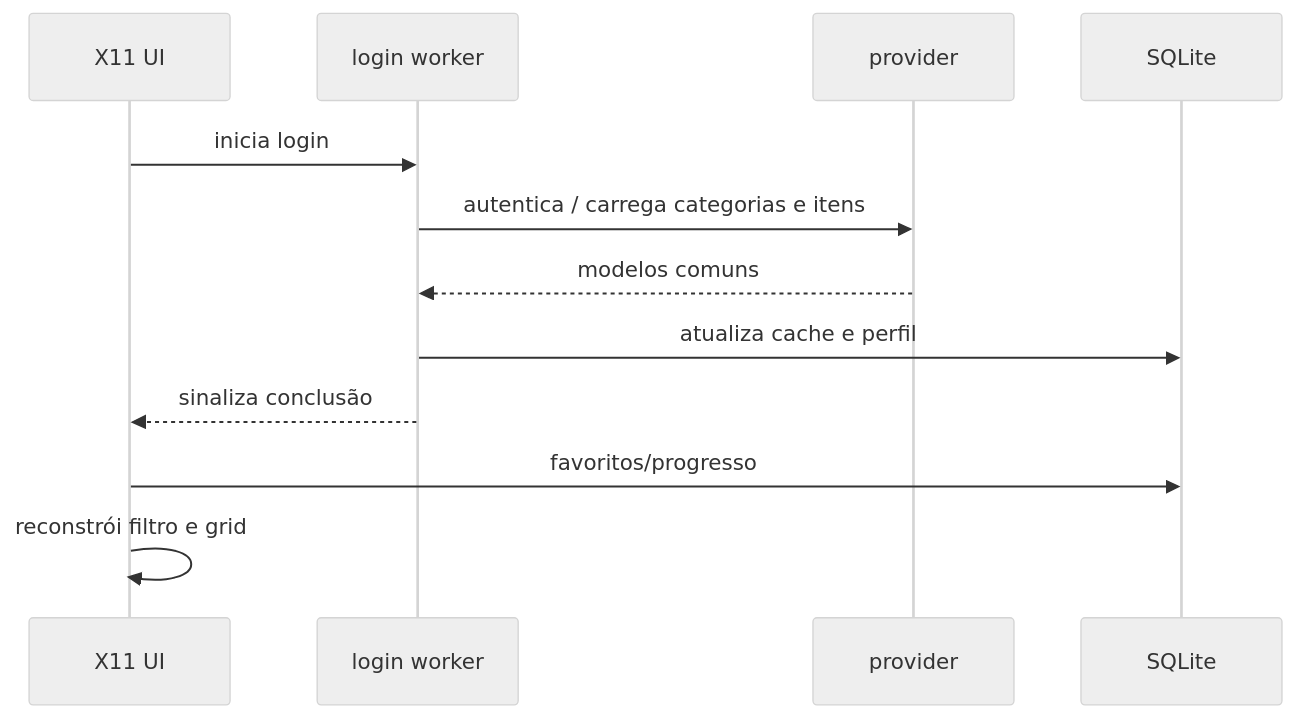
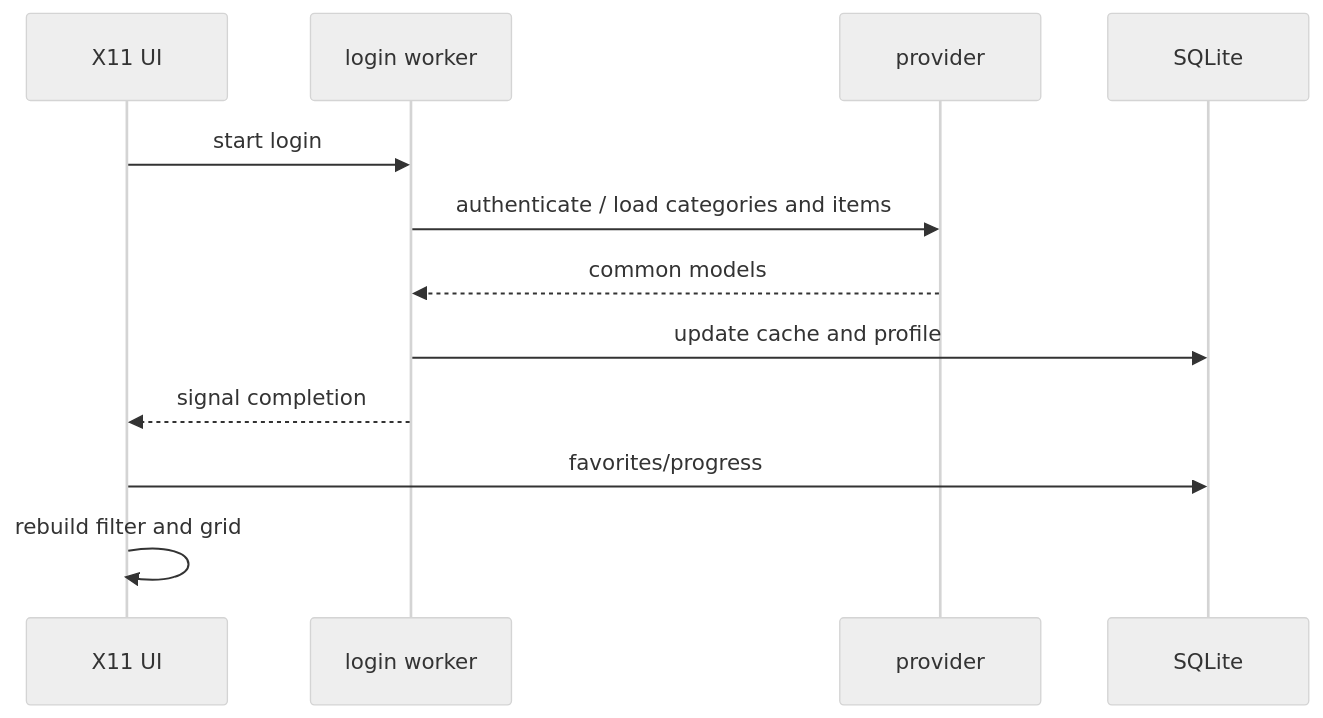
One commit to xoykor/blazzing changed the second of 2 diagrams in docs/ARCHITECTURE.md. Above: the diagram before and after it, drawn with Mermaid (neutral theme). The commit also changed other lines of this file and 19 other files, not shown here.

````diff
--- a/docs/ARCHITECTURE.md
+++ b/docs/ARCHITECTURE.md
@@ -60,14 +62,14 @@
 ```mermaid
 sequenceDiagram
     participant UI as X11 UI
     participant W as login worker
     participant P as provider
     participant DB as SQLite
-    UI->>W: inicia login
-    W->>P: autentica / carrega categorias e itens
-    P-->>W: modelos comuns
-    W->>DB: atualiza cache e perfil
-    W-->>UI: sinaliza conclusão
-    UI->>DB: favoritos/progresso
-    UI->>UI: reconstrói filtro e grid
+    UI->>W: start login
+    W->>P: authenticate / load categories and items
+    P-->>W: common models
+    W->>DB: update cache and profile
+    W-->>UI: signal completion
+    UI->>DB: favorites/progress
+    UI->>UI: rebuild filter and grid
 ```
````
